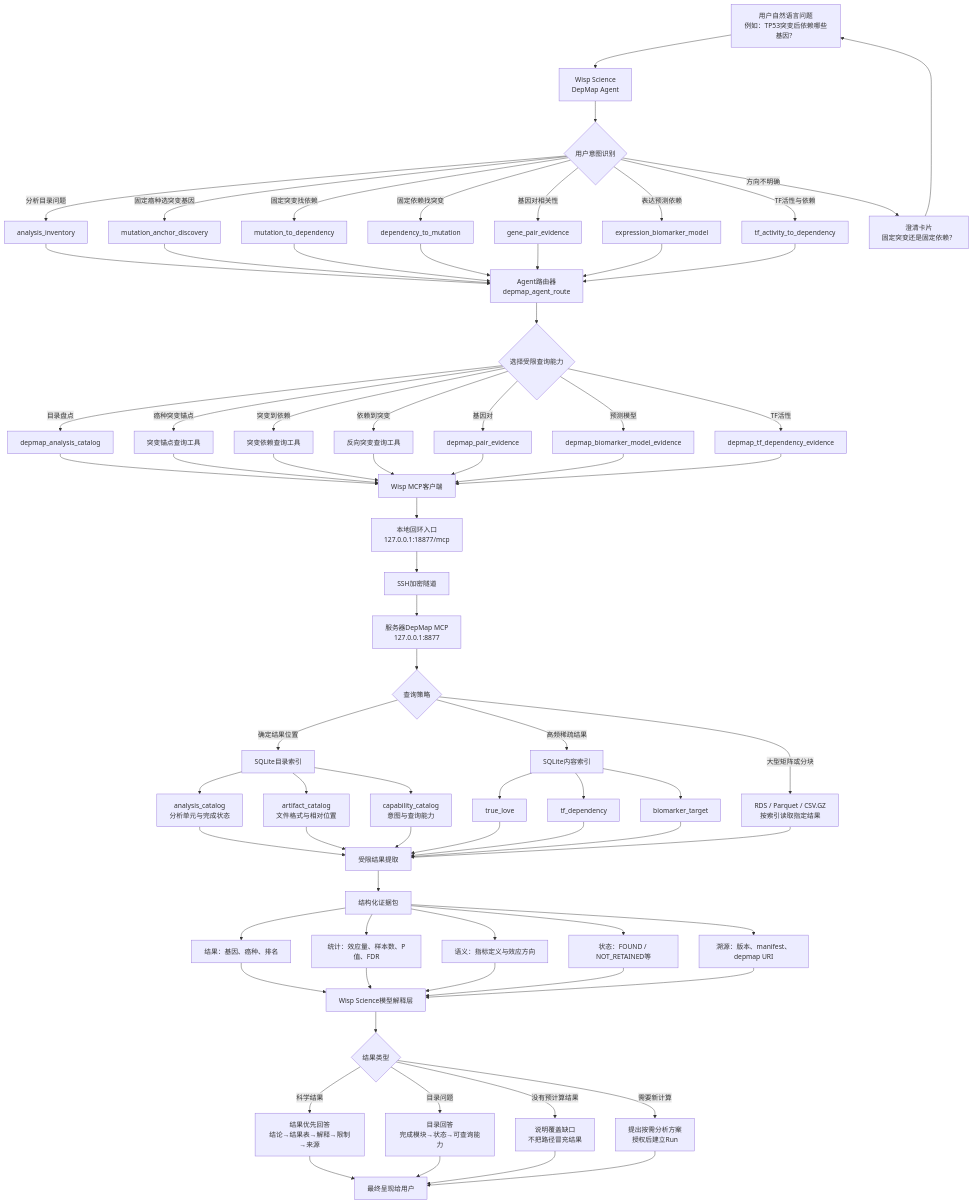
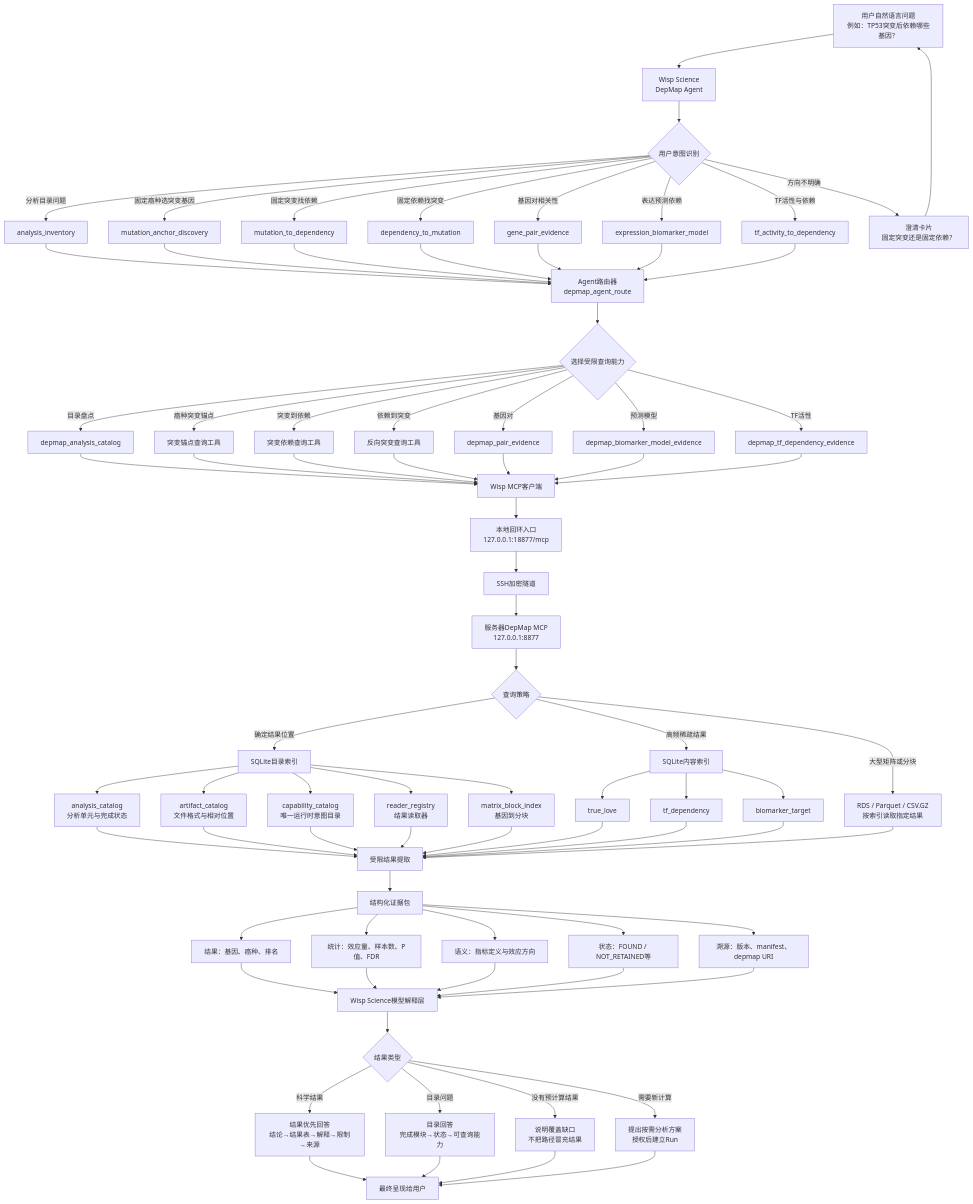
The first of 2 diagrams in docs/depmap-remote-mcp-architecture.zh-CN.md (Yu-Qiao-sjtu/wisp-science-depmap), drawn with Mermaid before and after one commit. The commit also changed other lines of this file and 9 other files, not shown here.

```diff
--- a/docs/depmap-remote-mcp-architecture.zh-CN.md
+++ b/docs/depmap-remote-mcp-architecture.zh-CN.md
@@ -56,7 +56,9 @@
 
     CAT --> AC["analysis_catalog<br/>分析单元与完成状态"]
     CAT --> AR["artifact_catalog<br/>文件格式与相对位置"]
-    CAT --> CC["capability_catalog<br/>意图与查询能力"]
+    CAT --> CC["capability_catalog<br/>唯一运行时意图目录"]
+    CAT --> RR["reader_registry<br/>结果读取器"]
+    CAT --> MB["matrix_block_index<br/>基因到分块"]
     IDX --> TL["true_love"]
     IDX --> TF["tf_dependency"]
     IDX --> BM["biomarker_target"]
@@ -64,6 +66,8 @@
     AC --> E["受限结果提取"]
     AR --> E
     CC --> E
+    RR --> E
+    MB --> E
     TL --> E
     TF --> E
     BM --> E
```
